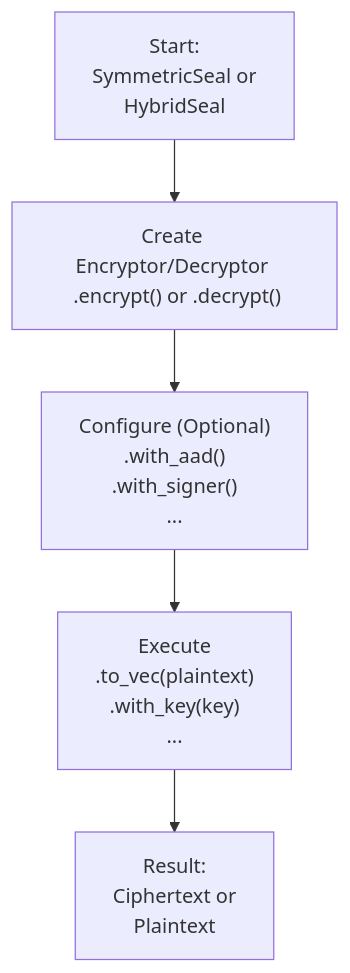
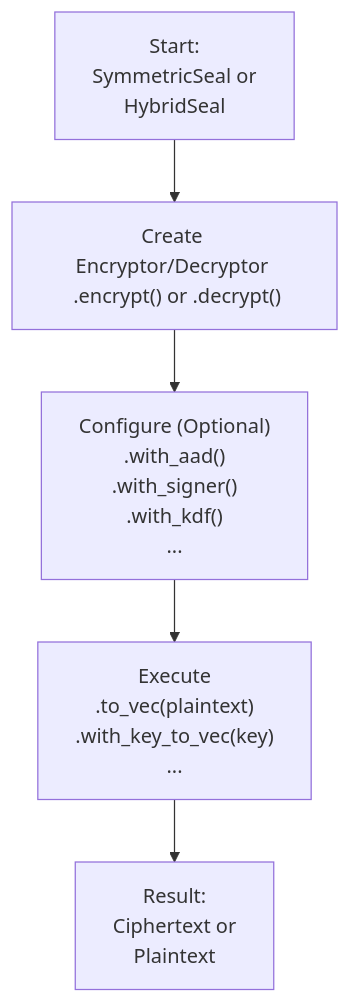
The diagram in README.md (GlorYouth/seal-flow), drawn with Mermaid before and after one commit. The commit also changed other lines of this file and 1 other file, not shown here.

````diff
--- a/README.md
+++ b/README.md
@@ -21,7 +21,7 @@
 ```mermaid
 graph TD
     A["Start: <br/>SymmetricSeal or <br/>HybridSeal"] --> B["Create Encryptor/Decryptor <br/> .encrypt() or .decrypt()"];
-    B --> C["Configure (Optional) <br/> .with_aad() <br/> .with_signer() <br/> ..."];
-    C --> D["Execute <br/> .to_vec(plaintext) <br/> .with_key(key) <br/> ..."];
+    B --> C["Configure (Optional) <br/> .with_aad() <br/> .with_signer() <br/> .with_kdf() <br/> ..."];
+    C --> D["Execute <br/> .to_vec(plaintext) <br/> .with_key_to_vec(key) <br/> ..."];
     D --> E["Result: <br/>Ciphertext or <br/>Plaintext"];
 ```
````
